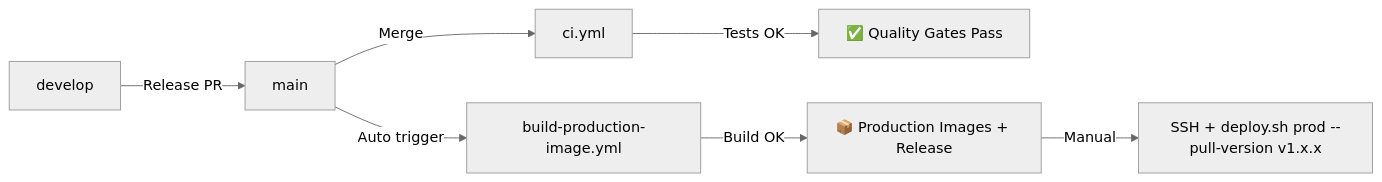
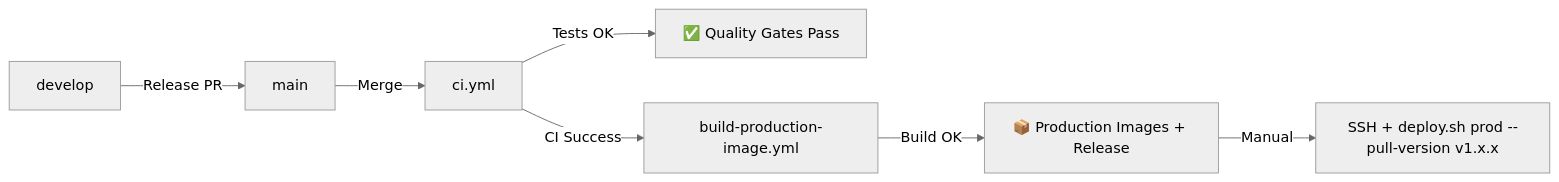
Before and after one commit to jfdelafuente/contravento-application-python: the second of 2 diagrams in docs/operations/WORKFLOWS_REFERENCE.md, drawn with Mermaid (neutral theme). The commit also changed other lines of this file and 2 other files, not shown here.

First line of the commit message:
feat(ci): add workflow dependencies to prevent building images with failed tests

````diff
--- a/docs/operations/WORKFLOWS_REFERENCE.md
+++ b/docs/operations/WORKFLOWS_REFERENCE.md
@@ -40,9 +40,9 @@
 ```mermaid
 graph LR
     A[develop] -->|Release PR| B[main]
     B -->|Merge| C[ci.yml]
-    B -->|Auto trigger| D[build-production-image.yml]
-    C -->|Tests OK| E[✅ Quality Gates Pass]
-    D -->|Build OK| F[📦 Production Images + Release]
+    C -->|Tests OK| D[✅ Quality Gates Pass]
+    C -->|CI Success| E[build-production-image.yml]
+    E -->|Build OK| F[📦 Production Images + Release]
     F -->|Manual| G[SSH + deploy.sh prod --pull-version v1.x.x]
 ```
````
